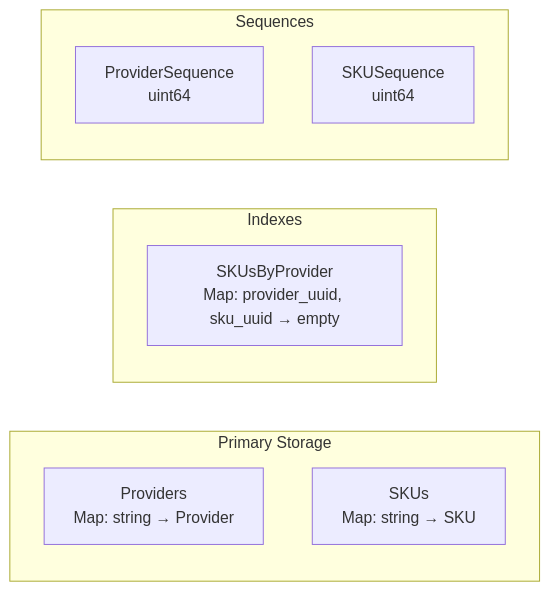
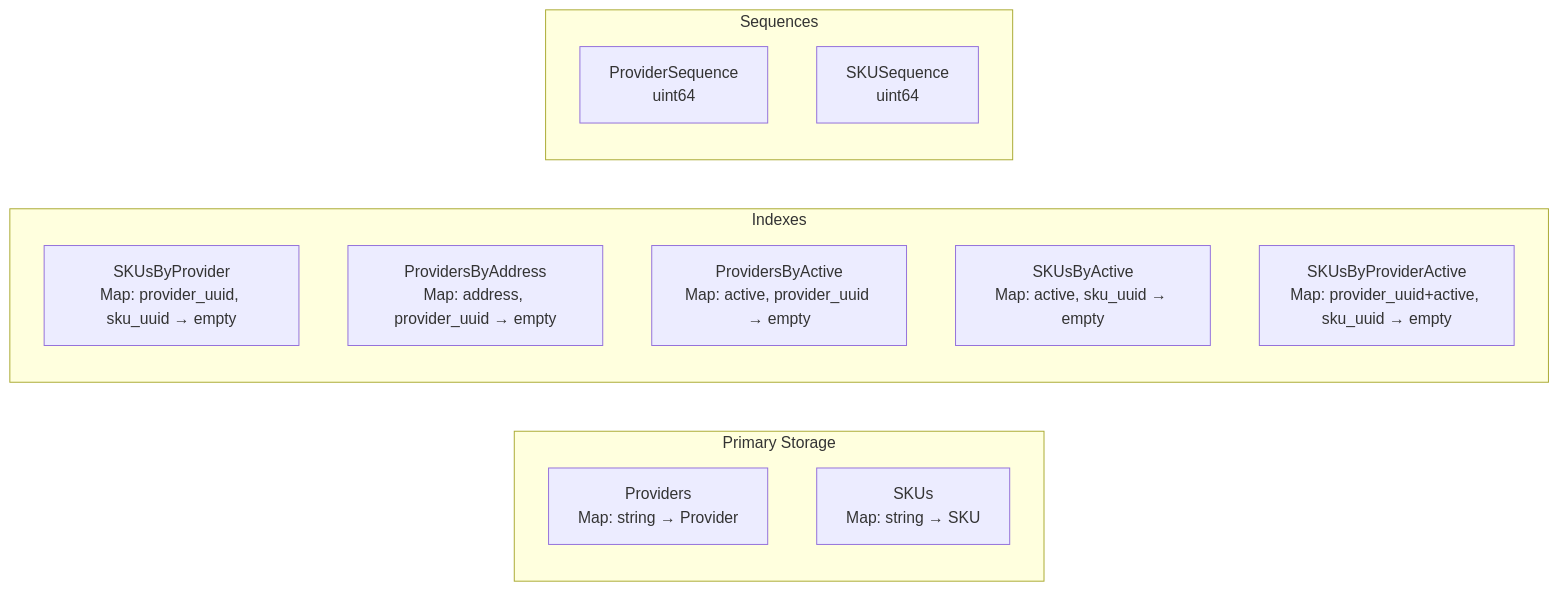
Before and after one commit to manifest-network/manifest-ledger: the third of 6 diagrams in x/sku/docs/ARCHITECTURE.md, drawn with Mermaid. The commit also changed other lines of this file and 28 other files, not shown here.

````diff
--- a/x/sku/docs/ARCHITECTURE.md
+++ b/x/sku/docs/ARCHITECTURE.md
@@ -106,16 +106,20 @@
 ```mermaid
 graph LR
     subgraph "Primary Storage"
         Providers[Providers<br/>Map: string → Provider]
         SKUs[SKUs<br/>Map: string → SKU]
     end
-    
+
     subgraph "Indexes"
         ProviderIdx[SKUsByProvider<br/>Map: provider_uuid, sku_uuid → empty]
+        AddrIdx[ProvidersByAddress<br/>Map: address, provider_uuid → empty]
+        ProviderActiveIdx[ProvidersByActive<br/>Map: active, provider_uuid → empty]
+        SKUActiveIdx[SKUsByActive<br/>Map: active, sku_uuid → empty]
+        SKUProviderActiveIdx[SKUsByProviderActive<br/>Map: provider_uuid+active, sku_uuid → empty]
     end
-    
+
     subgraph "Sequences"
         ProviderSeq[ProviderSequence<br/>uint64]
         SKUSeq[SKUSequence<br/>uint64]
     end
 ```
````
